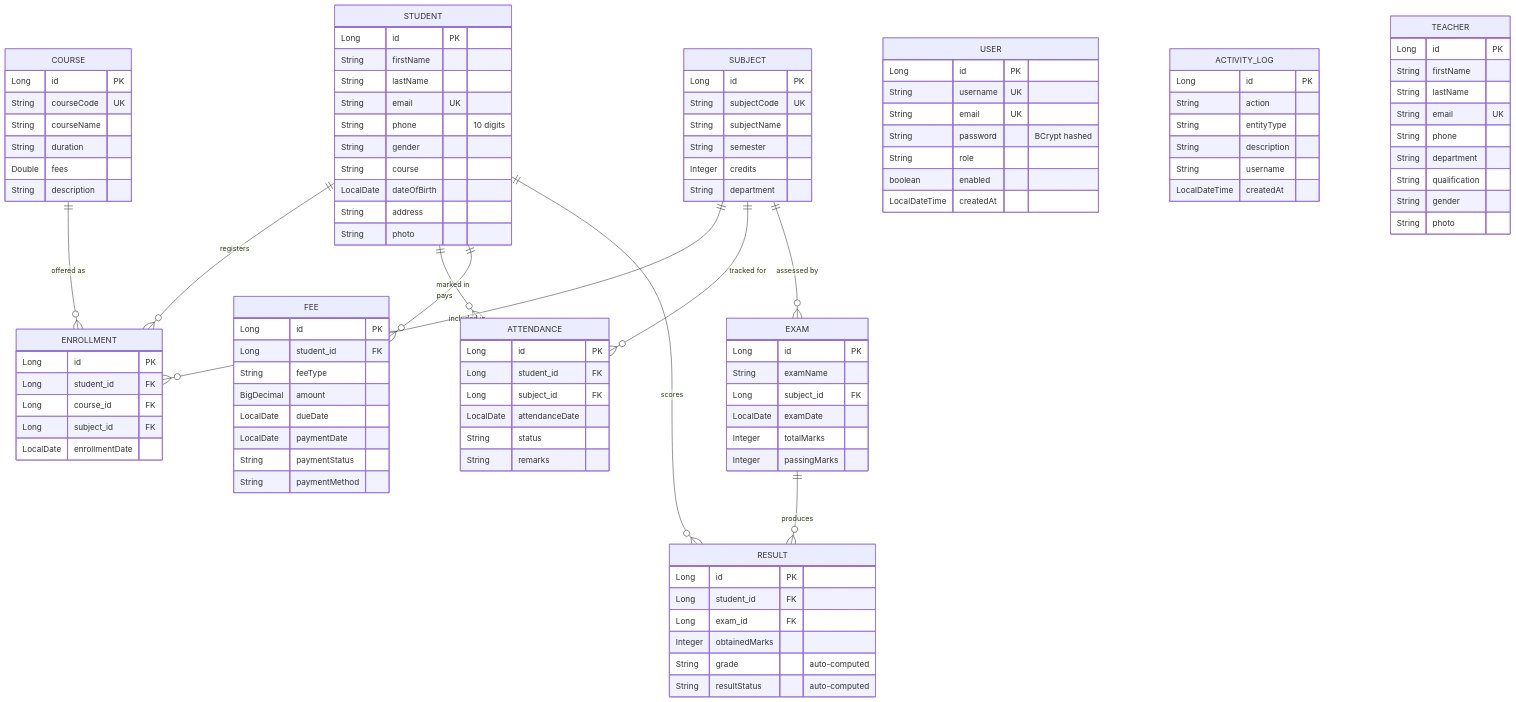
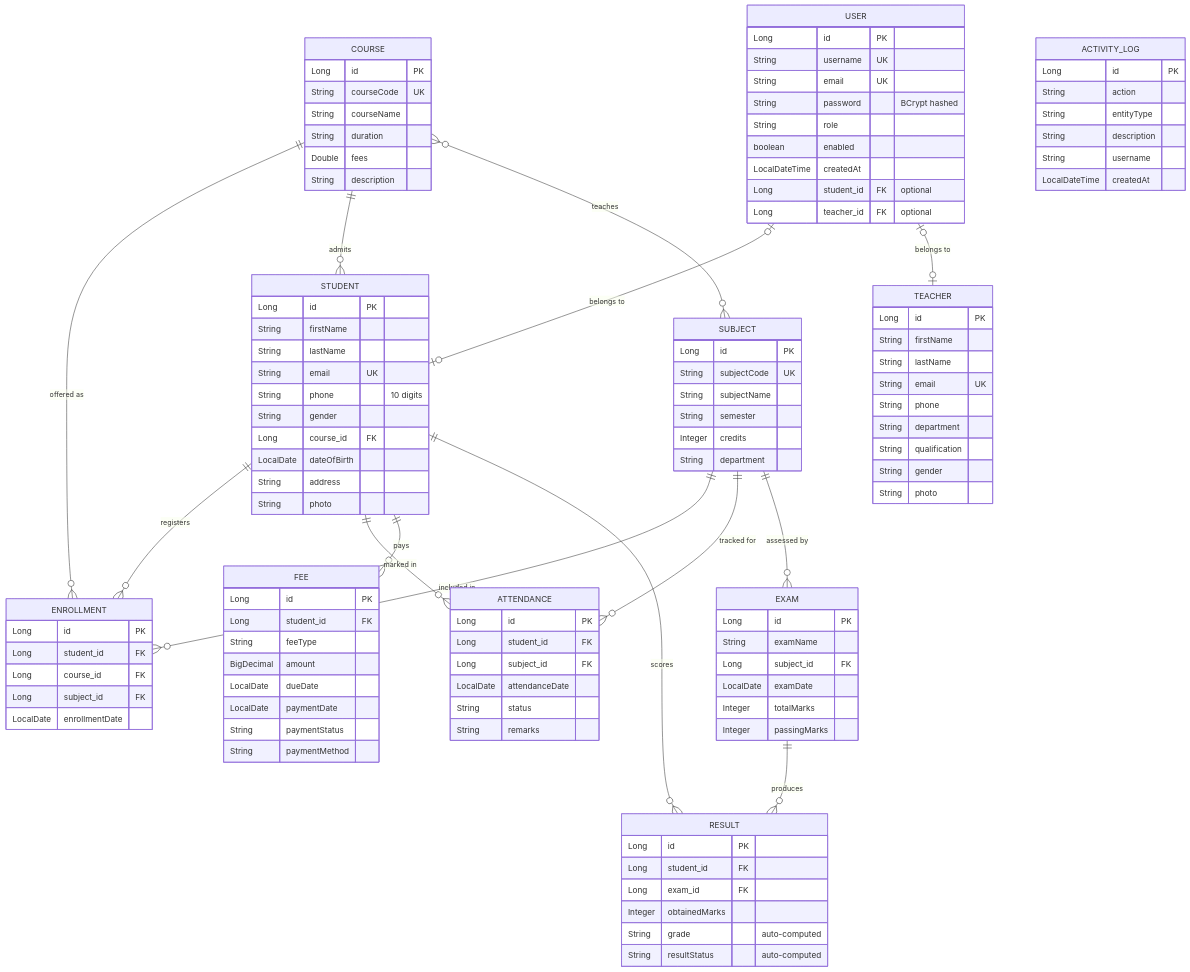
One commit to anurag-joshi-1403/StudentManagementSystem changed the second of 10 diagrams in PROJECT_ROADMAP.md. Above: the diagram before and after it, drawn with Mermaid. The commit also changed other lines of this file and 110 other files, not shown here.

```diff
--- a/PROJECT_ROADMAP.md
+++ b/PROJECT_ROADMAP.md
@@ -183,6 +187,10 @@
     SUBJECT ||--o{ ATTENDANCE : "tracked for"
     SUBJECT ||--o{ EXAM : "assessed by"
     EXAM    ||--o{ RESULT : "produces"
+    COURSE  ||--o{ STUDENT : "admits"
+    COURSE  }o--o{ SUBJECT : "teaches"
+    USER    |o--o| STUDENT : "belongs to"
+    USER    |o--o| TEACHER : "belongs to"
 
     USER {
         Long id PK
@@ -192,6 +200,8 @@
         String role
         boolean enabled
         LocalDateTime createdAt
+        Long student_id FK "optional"
+        Long teacher_id FK "optional"
     }
     ACTIVITY_LOG {
         Long id PK
@@ -208,7 +218,7 @@
         String email UK
         String phone "10 digits"
         String gender
-        String course
+        Long course_id FK
         LocalDate dateOfBirth
         String address
         String photo
```
